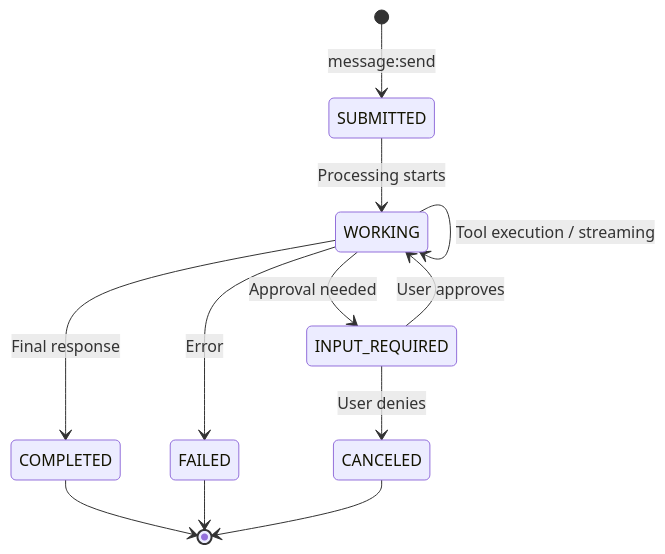
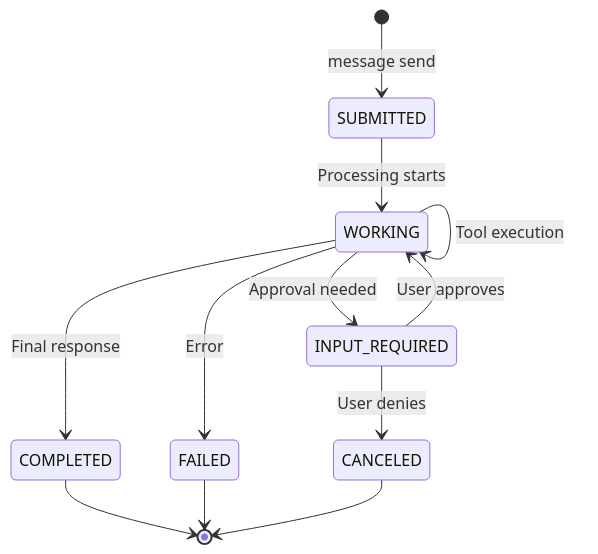
Before and after one commit to tonybaloney/azure-sdk-for-python: the fifth of 5 diagrams in sdk/agentserver/azure-ai-agentserver-copilot/ARCHITECTURE.md, drawn with Mermaid. The commit also changed 1 other file, not shown here.

Commit message:
Refactor A2A route setup to modify router.routes directly for improved clarity

````diff
--- a/sdk/agentserver/azure-ai-agentserver-copilot/ARCHITECTURE.md
+++ b/sdk/agentserver/azure-ai-agentserver-copilot/ARCHITECTURE.md
@@ -427,14 +427,14 @@
 ```mermaid
 stateDiagram-v2
-    [*] --> SUBMITTED: message:send
-    SUBMITTED --> WORKING: Processing starts
-    WORKING --> WORKING: Tool execution / streaming
-    WORKING --> INPUT_REQUIRED: Approval needed
-    INPUT_REQUIRED --> WORKING: User approves
-    INPUT_REQUIRED --> CANCELED: User denies
-    WORKING --> COMPLETED: Final response
-    WORKING --> FAILED: Error
+    [*] --> SUBMITTED : message send
+    SUBMITTED --> WORKING : Processing starts
+    WORKING --> WORKING : Tool execution
+    WORKING --> INPUT_REQUIRED : Approval needed
+    INPUT_REQUIRED --> WORKING : User approves
+    INPUT_REQUIRED --> CANCELED : User denies
+    WORKING --> COMPLETED : Final response
+    WORKING --> FAILED : Error
     COMPLETED --> [*]
     FAILED --> [*]
     CANCELED --> [*]
 ```
````
